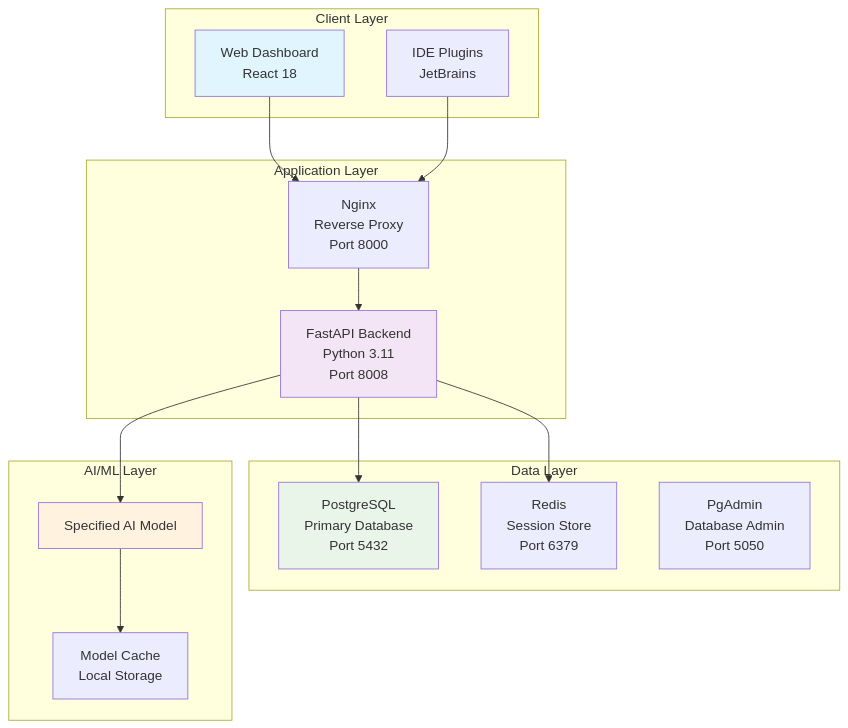
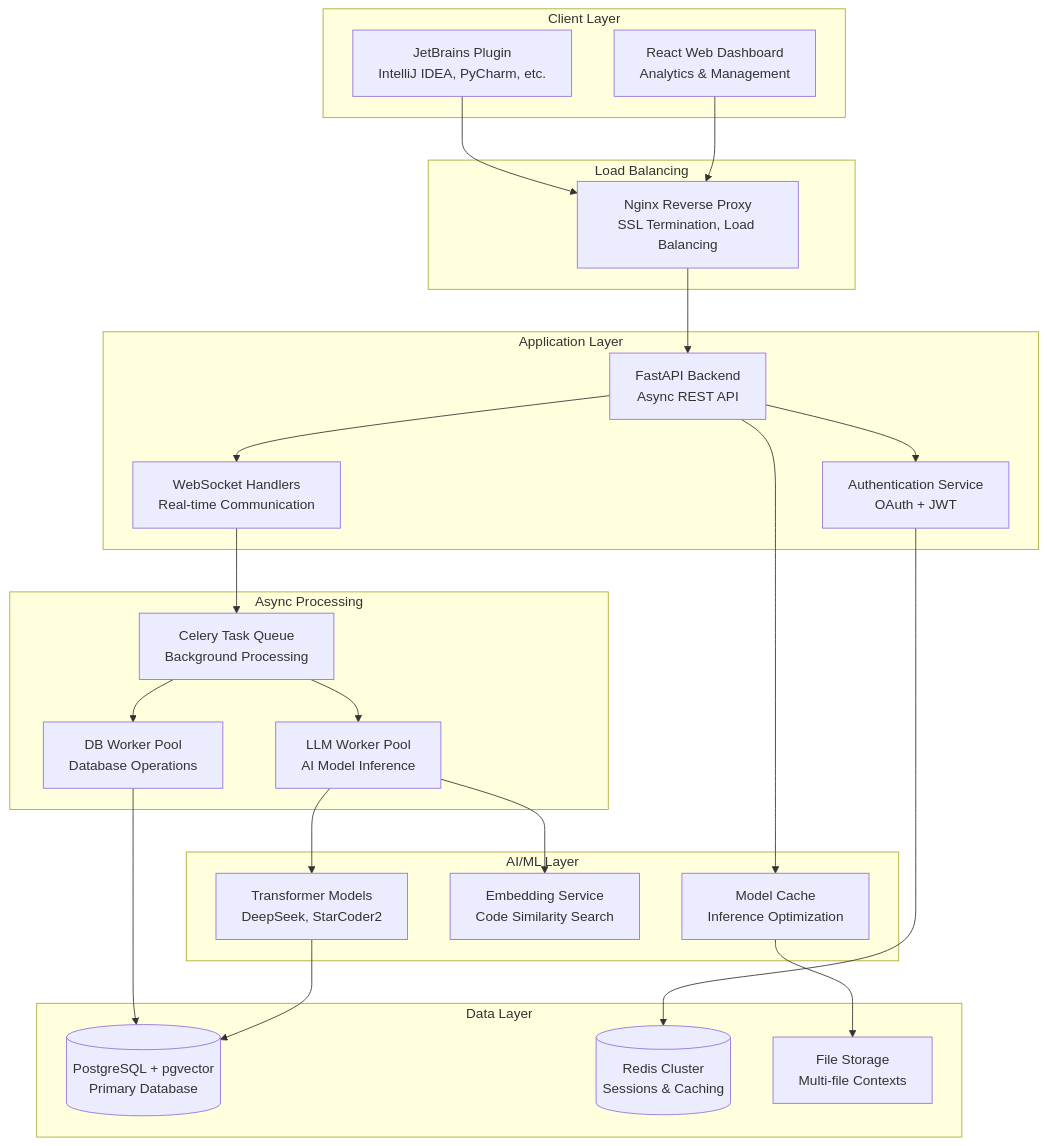
One commit to AISE-TUDelft/code4me2-server changed the first of 5 diagrams in README.md. Above: the diagram before and after it, drawn with Mermaid. The commit also changed other lines of this file and 3 other files, not shown here.

````diff
--- a/README.md
+++ b/README.md
@@ -40,37 +67,51 @@
 ```mermaid
 graph TB
     subgraph "Client Layer"
-        A[Web Dashboard<br/>React 18]
-        B[IDE Plugins<br/>JetBrains]
+        Plugin[JetBrains Plugin<br/>IntelliJ IDEA, PyCharm, etc.]
+        Web[React Web Dashboard<br/>Analytics & Management]
+    end
+
+    subgraph "Load Balancing"
+        Nginx[Nginx Reverse Proxy<br/>SSL Termination, Load Balancing]
     end
 
     subgraph "Application Layer"
-        C[Nginx<br/>Reverse Proxy<br/>Port 8000]
-        D[FastAPI Backend<br/>Python 3.11<br/>Port 8008]
+        API[FastAPI Backend<br/>Async REST API]
+        WS[WebSocket Handlers<br/>Real-time Communication]
+        Auth[Authentication Service<br/>OAuth + JWT]
+    end
+
+    subgraph "Async Processing"
+        Celery[Celery Task Queue<br/>Background Processing]
+        Worker1[LLM Worker Pool<br/>AI Model Inference]
+        Worker2[DB Worker Pool<br/>Database Operations]
+    end
+
+    subgraph "AI/ML Layer"
+        Models[Transformer Models<br/>DeepSeek, StarCoder2]
+        Embeddings[Embedding Service<br/>Code Similarity Search]
+        Cache[Model Cache<br/>Inference Optimization]
     end
 
     subgraph "Data Layer"
-        E[PostgreSQL<br/>Primary Database<br/>Port 5432]
-        F[Redis<br/>Session Store<br/>Port 6379]
-        G[PgAdmin<br/>Database Admin<br/>Port 5050]
+        DB[(PostgreSQL + pgvector<br/>Primary Database)]
+        Redis[(Redis Cluster<br/>Sessions & Caching)]
+        Storage[File Storage<br/>Multi-file Contexts]
     end
 
-    subgraph "AI/ML Layer"
-        H[Specified AI Model]
-        I[Model Cache<br/>Local Storage]
-    end
-
-    A --> C
-    B --> C
-    C --> D
-    D --> E
-    D --> F
-    D --> H
-    H --> I
-
-
-    style A fill:#e1f5fe
-    style D fill:#f3e5f5
-    style E fill:#e8f5e8
-    style H fill:#fff3e0
+    Plugin --> Nginx
+    Web --> Nginx
+    Nginx --> API
+    API --> WS
+    API --> Auth
+    WS --> Celery
+    Celery --> Worker1
+    Celery --> Worker2
+    Worker1 --> Models
+    Worker1 --> Embeddings
+    Worker2 --> DB
+    API --> Cache
+    Auth --> Redis
+    Models --> DB
+    Cache --> Storage
 ```
````
